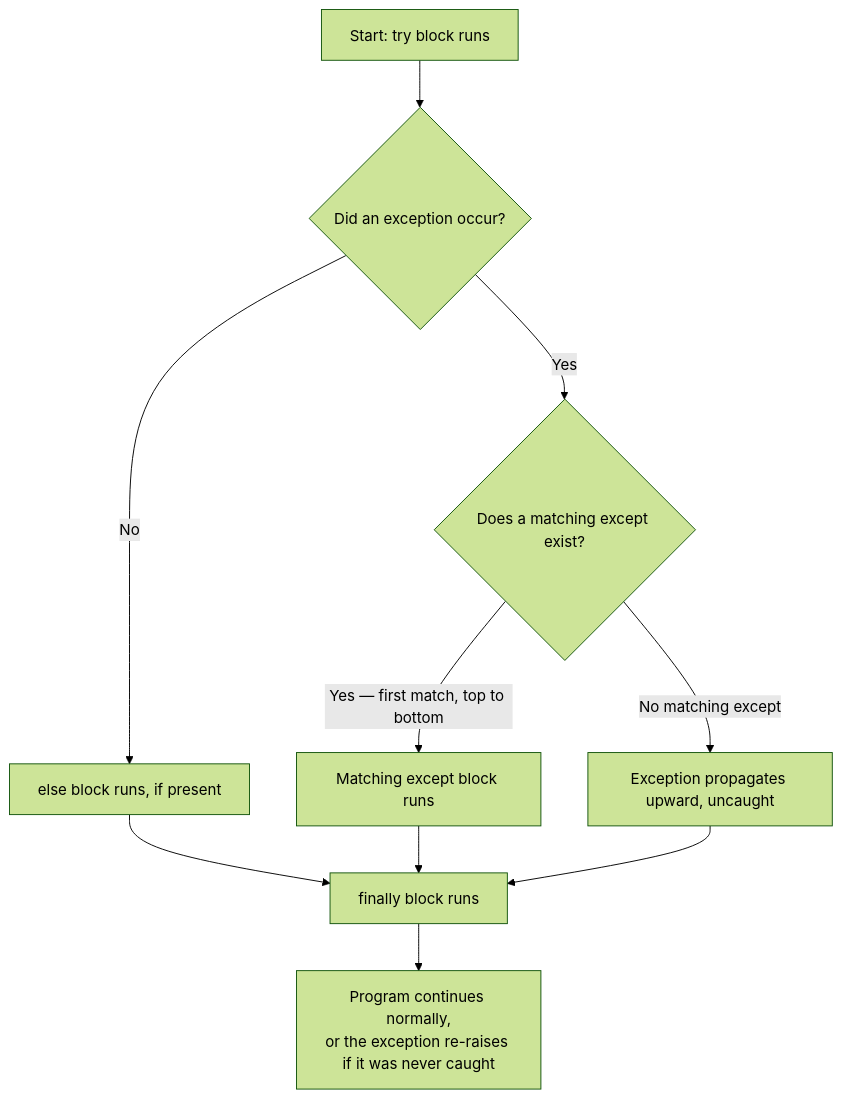
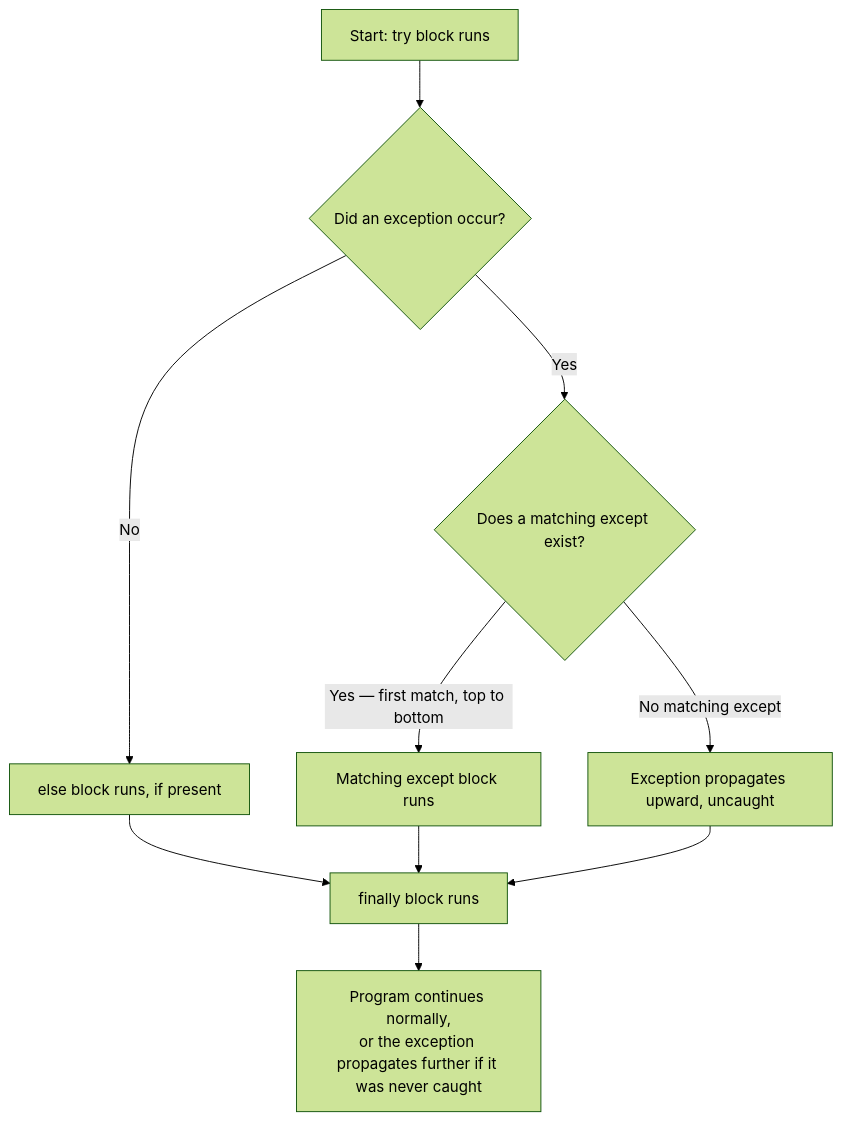
One commit to Kaveripriya/AI-Academy changed the first of 2 diagrams in CRESCENT/python-foundations/modules/p5-files-exception-handling/unit-5-2-errors-exceptions.md. Above: the diagram before and after it, drawn with Mermaid (forest theme). The commit also changed other lines of this file and 18 other files, not shown here.

````diff
--- a/CRESCENT/python-foundations/modules/p5-files-exception-handling/unit-5-2-errors-exceptions.md
+++ b/CRESCENT/python-foundations/modules/p5-files-exception-handling/unit-5-2-errors-exceptions.md
@@ -121,12 +123,12 @@
 ```mermaid
 flowchart TD
     A["Start: try block runs"] --> B{"Did an exception occur?"}
     B -->|No| C["else block runs, if present"]
     B -->|Yes| D{"Does a matching except exist?"}
     D -->|Yes — first match, top to bottom| E["Matching except block runs"]
     D -->|No matching except| F["Exception propagates upward, uncaught"]
     C --> G["finally block runs"]
     E --> G
     F --> G
-    G --> H["Program continues normally,<br/>or the exception re-raises if it was never caught"]
+    G --> H["Program continues normally,<br/>or the exception propagates further if it was never caught"]
 ```
````
